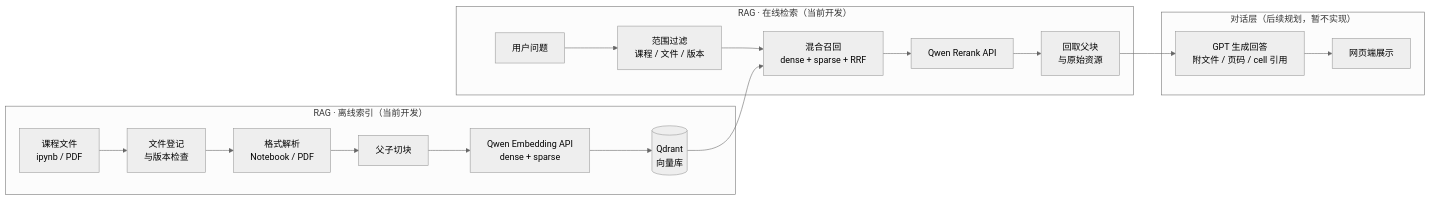
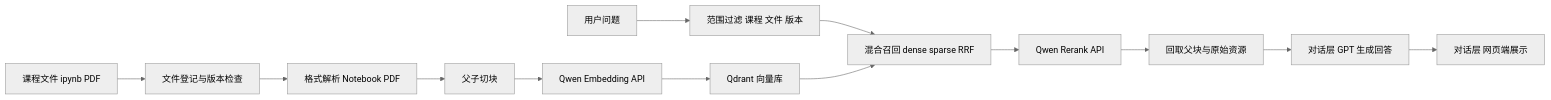
The diagram in README.md (Drchennnn/SRAG), drawn with Mermaid (neutral theme) before and after one commit. The commit also changed other lines of this file, not shown here.

Commit message:
Fix mermaid diagram: flatten subgraphs for GitHub rendering compatibility

````diff
--- a/README.md
+++ b/README.md
@@ -9,23 +9,15 @@
 ```mermaid
 flowchart LR
-    subgraph OFFLINE["RAG · 离线索引（当前开发）"]
-        A["课程文件\nipynb / PDF"] --> B["文件登记\n与版本检查"]
-        B --> C["格式解析\nNotebook / PDF"]
-        C --> D["父子切块"]
-        D --> E["Qwen Embedding API\ndense + sparse"]
-        E --> F[("Qdrant\n向量库")]
-    end
-
-    subgraph ONLINE["RAG · 在线检索（当前开发）"]
-        G["用户问题"] --> H["范围过滤\n课程 / 文件 / 版本"]
-        H --> I["混合召回\ndense + sparse + RRF"]
-        F --> I
-        I --> J["Qwen Rerank API"]
-        J --> K["回取父块\n与原始资源"]
-    end
-
-    subgraph CHAT["对话层（后续规划，暂不实现）"]
-        K --> L["GPT 生成回答\n附文件 / 页码 / cell 引用"]
-        L --> M["网页端展示"]
-    end
+    A[课程文件 ipynb PDF] --> B[文件登记与版本检查]
+    B --> C[格式解析 Notebook PDF]
+    C --> D[父子切块]
+    D --> E[Qwen Embedding API]
+    E --> F[Qdrant 向量库]
+    G[用户问题] --> H[范围过滤 课程 文件 版本]
+    H --> I[混合召回 dense sparse RRF]
+    F --> I
+    I --> J[Qwen Rerank API]
+    J --> K[回取父块与原始资源]
+    K --> L[对话层 GPT 生成回答]
+    L --> M[对话层 网页端展示]
 ```
````
